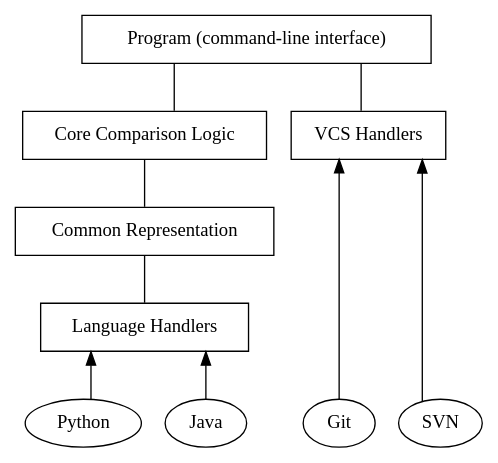
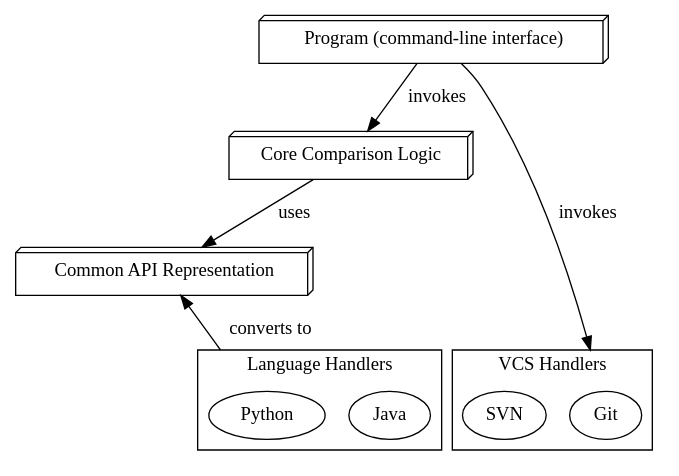
Before and after one commit to cshtarkov/autobump-dissertation: the diagram in images/dot/architecture.dot, drawn with Graphviz. The commit also changed 1 other file, not shown here.

Commit message:
Architecture with minipages

```diff
--- a/images/dot/architecture.dot
+++ b/images/dot/architecture.dot
@@ -1,32 +1,31 @@
 digraph architecture {
-    splines=ortho;
-    node [shape=box];
+    newrank=true;
+    compound=true;
+    node [shape=box3d];
 
     core [label="Core Comparison Logic"];
-    common [label="Common Representation"];
-    languages [label="Language Handlers"]
-    python [label="Python", shape=ellipse];
-    java [label="Java", shape=ellipse];
-    vcs [label="VCS Handlers"]
-    git [label="Git", shape=ellipse];
-    svn [label="SVN", shape=ellipse];
+    common [label="Common API Representation"];
     program [label="Program (command-line interface)"];
 
-    subgraph undirected {
-        edge [dir=none]
-        program -> core
-        program -> vcs
-        core -> common
-        common -> languages
+    subgraph cluster_languages {
+        label="Language Handlers"
+        java [label="Java",shape=ellipse];
+        python_h [label="Python",shape=ellipse];
     }
-    python -> languages
-    java -> languages
-    git -> vcs
-    svn -> vcs
 
-    {rank=same; core vcs}
-    {rank=same; git svn python java}
+    subgraph cluster_vcs {
+        label="VCS Handlers"
+        git_h [label="Git",shape=ellipse];
+        svn [label="SVN",shape=ellipse];
+    }
+
+    program -> core [label=" invokes"]
+    program -> git_h [label=" invokes",lhead=cluster_vcs]
+    core -> common [label=" uses"]
+    core -> python_h [style=invis,minlen=2]
+    python_h -> common [label=" converts to",ltail=cluster_languages,constraint=false]
+
     {rank=min; program}
-    {rank=max; git svn python java}
+    {rank=same; git_h svn java python_h}
 
 }
```
